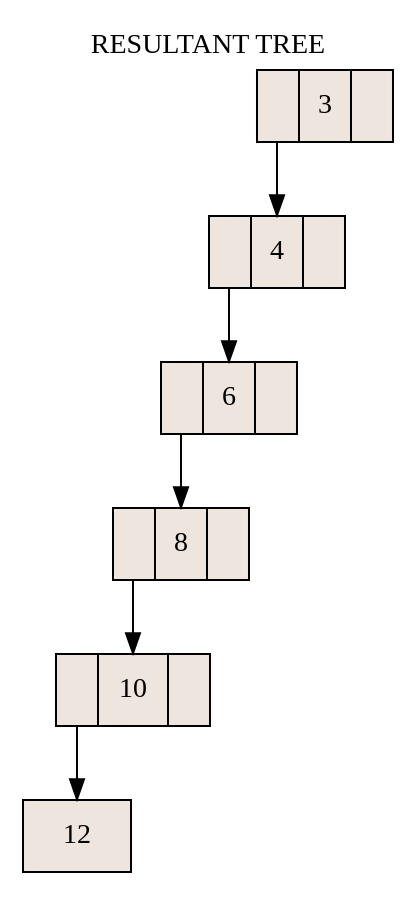
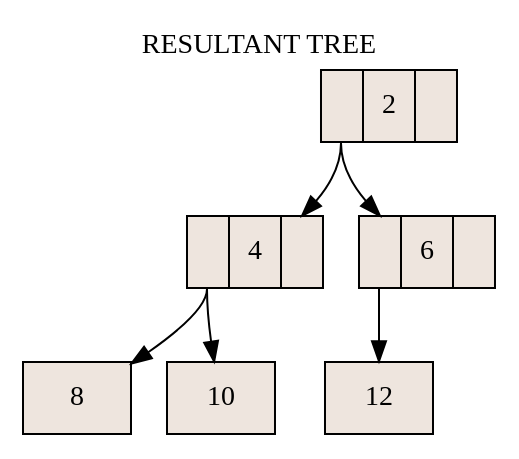
One commit to eugeniagiuliodori/LambdaInSets changed the diagram in GTree.dot. Above: the diagram before and after it, drawn with Graphviz. The commit also changed 7 other files, not shown here.

Commit message:
Correction in remove method of BST data structure and its graphic method with DOT languaje

```diff
--- a/GTree.dot
+++ b/GTree.dot
@@ -1,16 +1,16 @@
 digraph grafica{
 labelloc="t";label ="RESULTANT TREE
 "rankdir=TB;
 node [shape = record, style=filled, fillcolor=seashell2];
-nodo1 [ label ="<C0>|3|<C1>"];
+nodo1 [ label ="<C0>|2|<C1>"];
 nodo2 [ label ="<C0>|4|<C1>"];
+nodo4 [ label ="8"];
+nodo2:C0->nodo4
+nodo5 [ label ="10"];
+nodo2:C0->nodo5
+nodo1:C0->nodo2
 nodo3 [ label ="<C0>|6|<C1>"];
-nodo4 [ label ="<C0>|8|<C1>"];
-nodo5 [ label ="<C0>|10|<C1>"];
 nodo6 [ label ="12"];
-nodo5:C0->nodo6
-nodo4:C0->nodo5
-nodo3:C0->nodo4
-nodo2:C0->nodo3
-nodo1:C0->nodo2
+nodo3:C0->nodo6
+nodo1:C0->nodo3
 }
```
